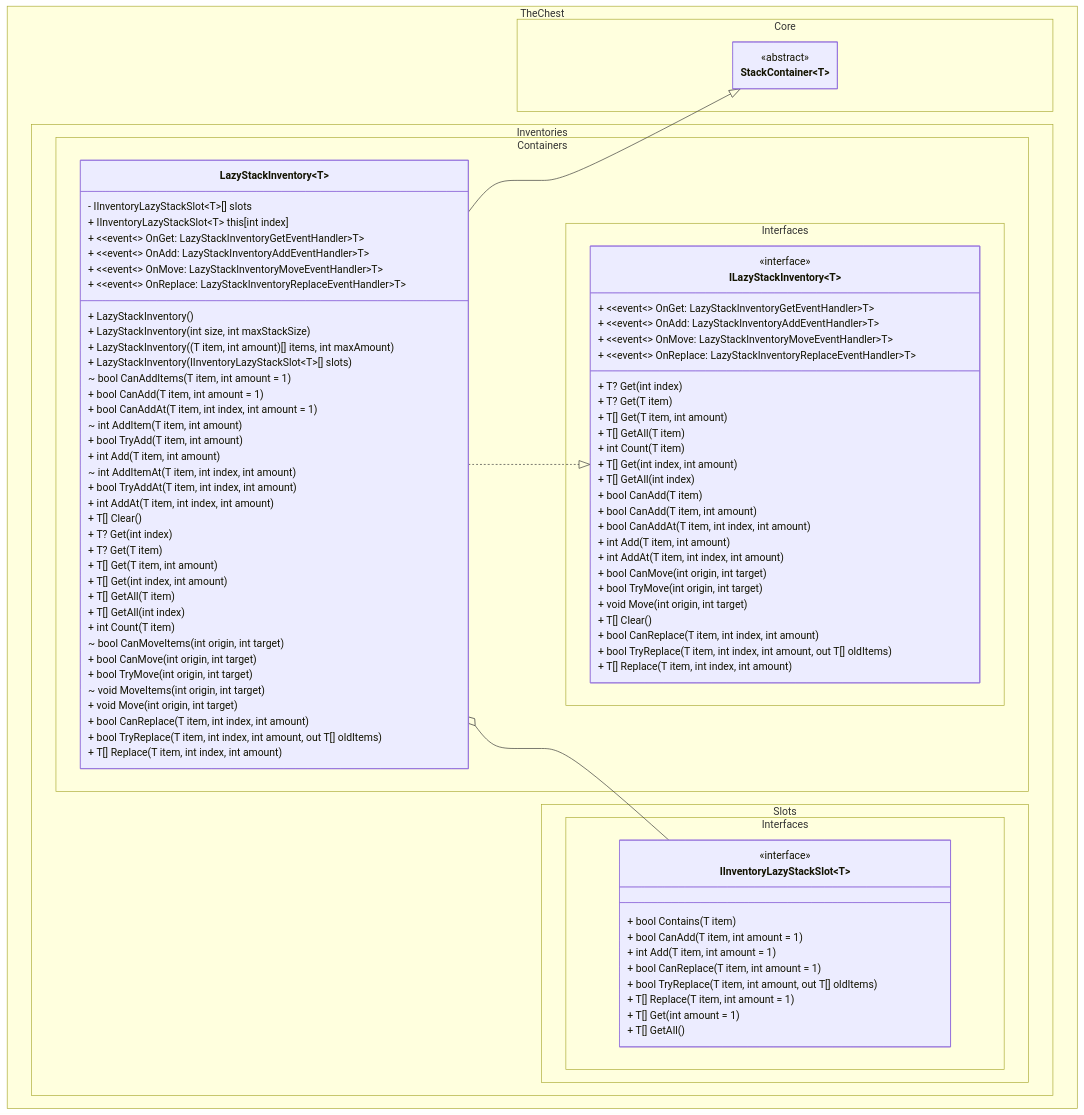
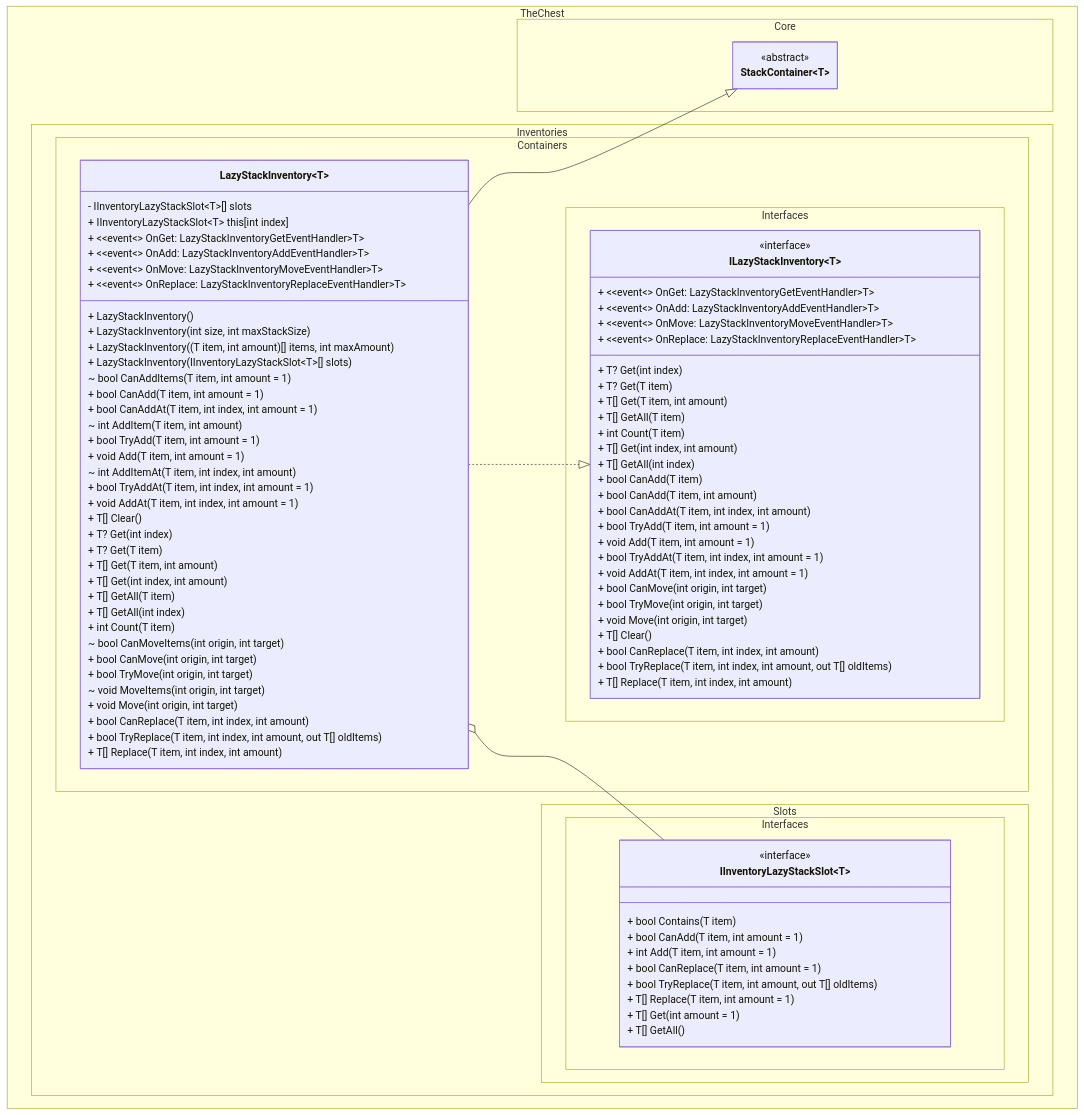
Before and after one commit to The-Chest/TheChest.Inventories: the first of 2 diagrams in docs/lazy_stack_inventory/class_diagram.md, drawn with Mermaid. The commit also changed 17 other files, not shown here.

```diff
--- a/docs/lazy_stack_inventory/class_diagram.md
+++ b/docs/lazy_stack_inventory/class_diagram.md
@@ -38,12 +38,12 @@
         + bool CanAddAt(T item, int index, int amount = 1)
 
         ~ int AddItem(T item, int amount)
-        + bool TryAdd(T item, int amount)
-        + int Add(T item, int amount)
+        + bool TryAdd(T item, int amount = 1)
+        + void Add(T item, int amount = 1)
 
         ~ int AddItemAt(T item, int index, int amount)
-        + bool TryAddAt(T item, int index, int amount)
-        + int AddAt(T item, int index, int amount)
+        + bool TryAddAt(T item, int index, int amount = 1)
+        + void AddAt(T item, int index, int amount = 1)
 
         + T[] Clear()
 
@@ -106,8 +106,10 @@
         + bool CanAdd(T item, int amount)
         + bool CanAddAt(T item, int index, int amount)
 
-        + int Add(T item, int amount)
-        + int AddAt(T item, int index, int amount)
+        + bool TryAdd(T item, int amount = 1)
+        + void Add(T item, int amount = 1)
+        + bool TryAddAt(T item, int index, int amount = 1)
+        + void AddAt(T item, int index, int amount = 1)
         
         + bool CanMove(int origin, int target)
         + bool TryMove(int origin, int target)
```
